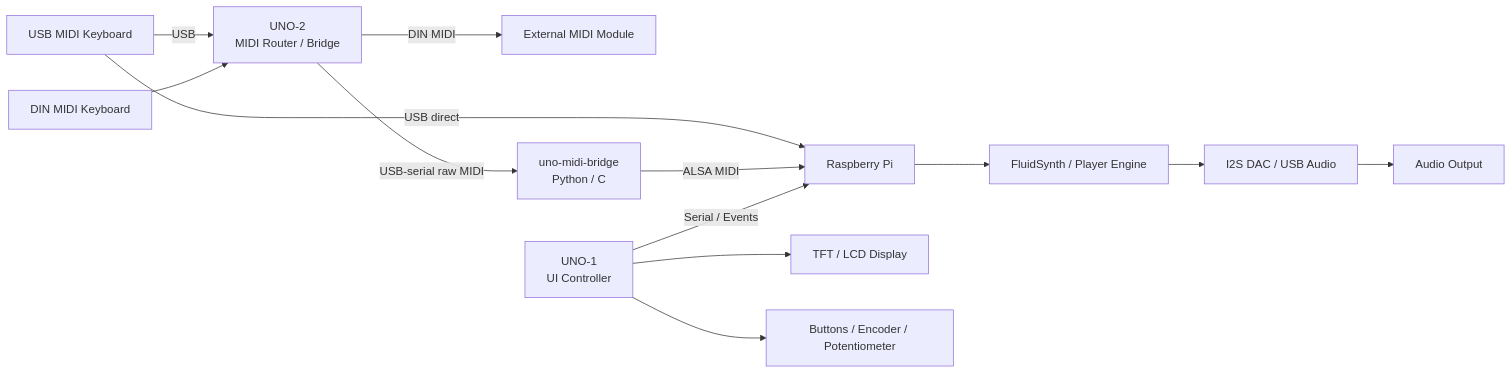
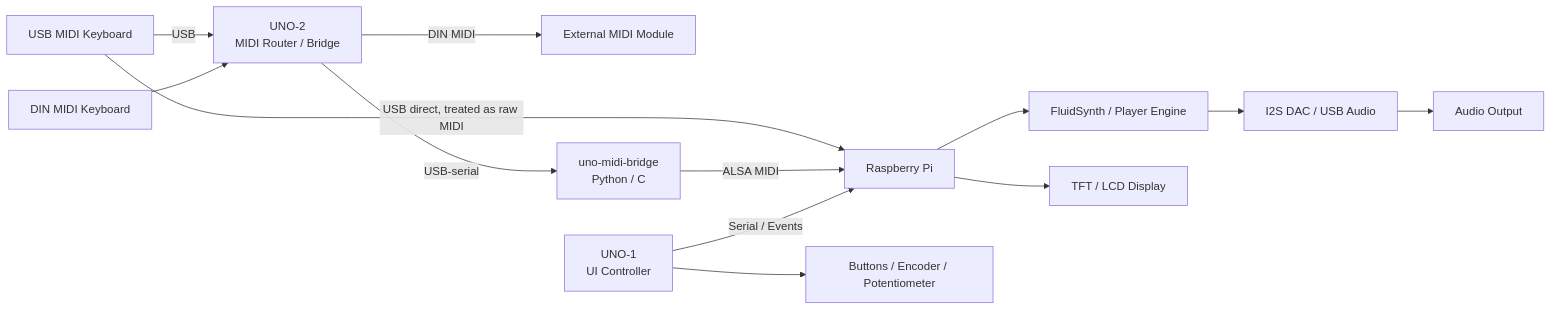
Before and after one commit to jeong0449/FluidArdule: the diagram in architecture.md, drawn with Mermaid.

````diff
--- a/architecture.md
+++ b/architecture.md
@@ -7,28 +7,22 @@
 ```mermaid
 flowchart LR
 
-    %% --- MIDI INPUT ---
     KBD1[USB MIDI Keyboard] -->|USB| UNO2[UNO-2<br/>MIDI Router / Bridge]
     KBD2[DIN MIDI Keyboard] --> UNO2
 
-    %% direct path
-    KBD1 -->|USB direct| PI[Raspberry Pi]
+    KBD1 -->|USB direct, treated as raw MIDI| PI[Raspberry Pi]
 
-    %% --- MIDI ROUTING ---
     UNO2 -->|DIN MIDI| EXT[External MIDI Module]
-    UNO2 -->|USB-serial raw MIDI| BRIDGE[uno-midi-bridge<br/>Python / C]
+    UNO2 -->|USB-serial| BRIDGE[uno-midi-bridge<br/>Python / C]
 
-    %% --- PI ENGINE ---
     BRIDGE -->|ALSA MIDI| PI
 
     PI --> FS[FluidSynth / Player Engine]
+    PI --> TFT[TFT / LCD Display]
 
-    %% --- UI CONTROL (UNO-1) ---
     UNO1[UNO-1<br/>UI Controller] -->|Serial / Events| PI
-    UNO1 --> LCD[TFT / LCD Display]
     UNO1 --> CTRL[Buttons / Encoder / Potentiometer]
 
-    %% --- AUDIO OUTPUT ---
     FS --> DAC[I2S DAC / USB Audio]
     DAC --> OUT[Audio Output]
 ```
````
